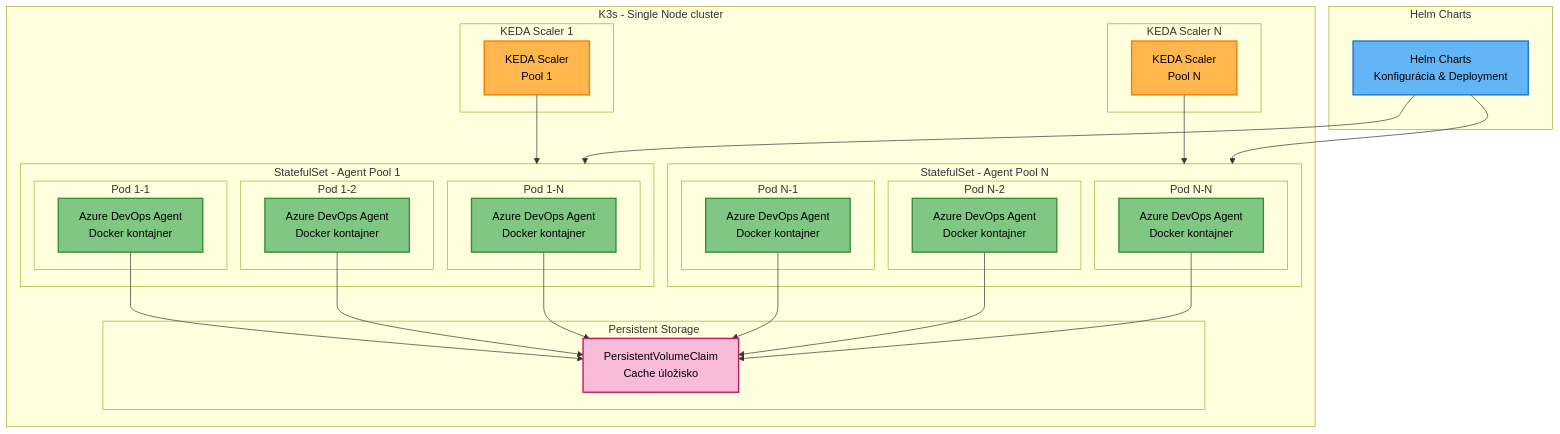
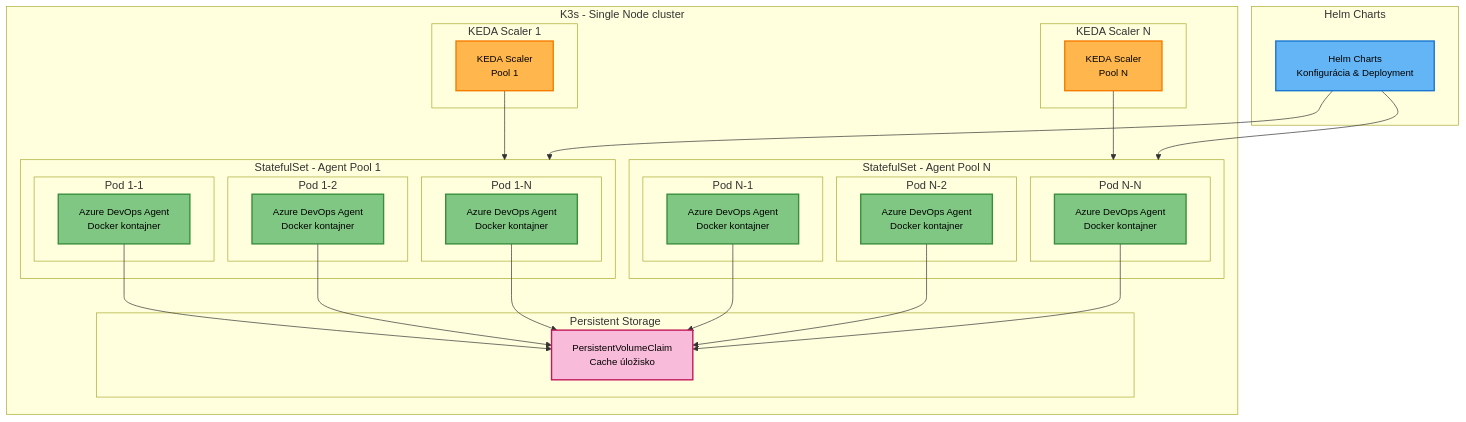
Before and after one commit to motycak/kros-sk.github.io: the first of 2 diagrams in linuxmachine/user-documentation.md, drawn with Mermaid. The commit also changed other lines of this file, not shown here.

````diff
--- a/linuxmachine/user-documentation.md
+++ b/linuxmachine/user-documentation.md
@@ -39,69 +39,69 @@
 ```mermaid
 graph TB
     subgraph "K3s - Single Node cluster"
         subgraph "KEDA Scaler 1"
             KEDA_SCALER1[KEDA Scaler<br/>Pool 1]
         end
         
         subgraph "KEDA Scaler N"
             KEDA_SCALERN[KEDA Scaler<br/>Pool N]
         end
         
         subgraph STATEFULSET_POOL1["StatefulSet - Agent Pool 1"]
             subgraph "Pod 1-1"
                 AGENT1_1[Azure DevOps Agent<br/>Docker kontajner]
             end
             subgraph "Pod 1-2"
                 AGENT1_2[Azure DevOps Agent<br/>Docker kontajner]
             end
             subgraph "Pod 1-N"
                 AGENT1_N[Azure DevOps Agent<br/>Docker kontajner]
             end
         end
         
         subgraph STATEFULSET_POOLN["StatefulSet - Agent Pool N"]
             subgraph "Pod N-1"
                 AGENTN_1[Azure DevOps Agent<br/>Docker kontajner]
             end
             subgraph "Pod N-2"
                 AGENTN_2[Azure DevOps Agent<br/>Docker kontajner]
             end
             subgraph "Pod N-N"
                 AGENTN_N[Azure DevOps Agent<br/>Docker kontajner]
             end
         end
         
         subgraph "Persistent Storage"
             PVC[PersistentVolumeClaim<br/>Cache úložisko]
         end
     end
     
     subgraph "Helm Charts"
         HELM[Helm Charts<br/>Konfigurácia & Deployment]
     end
     
     %% Connections
     KEDA_SCALER1 --> STATEFULSET_POOL1
     KEDA_SCALERN --> STATEFULSET_POOLN
     
     HELM --> STATEFULSET_POOL1
     HELM --> STATEFULSET_POOLN
     
     AGENT1_1 --> PVC
     AGENT1_2 --> PVC
     AGENT1_N --> PVC
     AGENTN_1 --> PVC
     AGENTN_2 --> PVC
     AGENTN_N --> PVC
     
     %% Styling
-    classDef keda fill:#ffb74d,stroke:#f57c00,stroke-width:2px,color:#000
-    classDef k8s fill:#81c784,stroke:#388e3c,stroke-width:2px,color:#000
-    classDef helm fill:#64b5f6,stroke:#1976d2,stroke-width:2px,color:#000
-    classDef storage fill:#f8bbd9,stroke:#c2185b,stroke-width:2px,color:#000
+    classDef keda fill:#ffb74d,stroke:#f57c00,stroke-width:2px,color:#000,font-size:14px
+    classDef k8s fill:#81c784,stroke:#388e3c,stroke-width:2px,color:#000,font-size:14px
+    classDef helm fill:#64b5f6,stroke:#1976d2,stroke-width:2px,color:#000,font-size:14px
+    classDef storage fill:#f8bbd9,stroke:#c2185b,stroke-width:2px,color:#000,font-size:14px
     
     class KEDA_SCALER1,KEDA_SCALERN keda
     class AGENT1_1,AGENT1_2,AGENT1_N,AGENTN_1,AGENTN_2,AGENTN_N k8s
     class HELM helm
     class PVC storage
 ```
````
